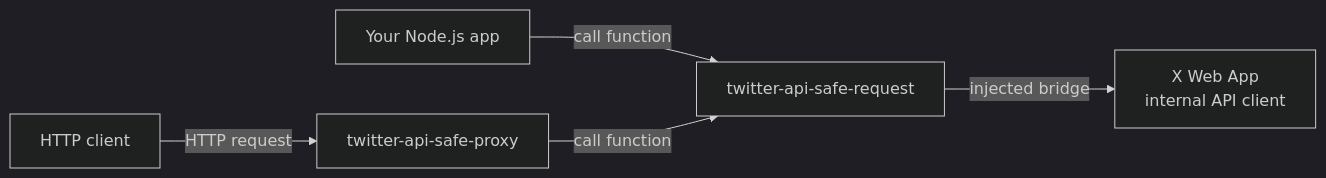
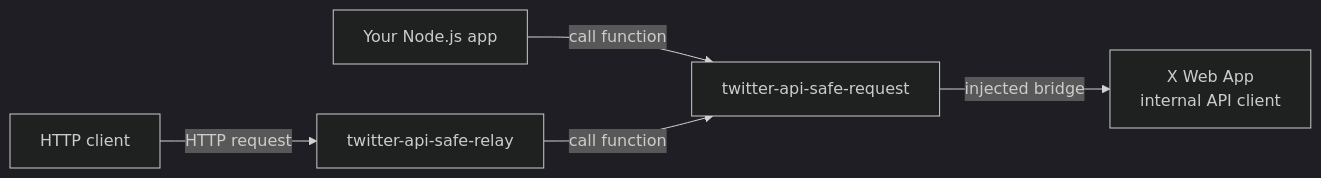
One commit to fa0311/twitter_api_safe_relay changed the diagram in README.md. Above: the diagram before and after it, drawn with Mermaid (dark theme). The commit also changed other lines of this file and 11 other files, not shown here.

````diff
--- a/README.md
+++ b/README.md
@@ -13,13 +13,13 @@
 ```mermaid
 flowchart LR
 	curl["HTTP client"]
 	app["Your Node.js app"]
-	server["twitter-api-safe-proxy"]
+	server["twitter-api-safe-relay"]
 	package["twitter-api-safe-request"]
 	xclient["X Web App<br/>internal API client"]
 
 	app -->|"call function"|package
 	curl -->|"HTTP request"| server
 	server -->|"call function"| package
 	package -->|"injected bridge"| xclient
 ```
````
